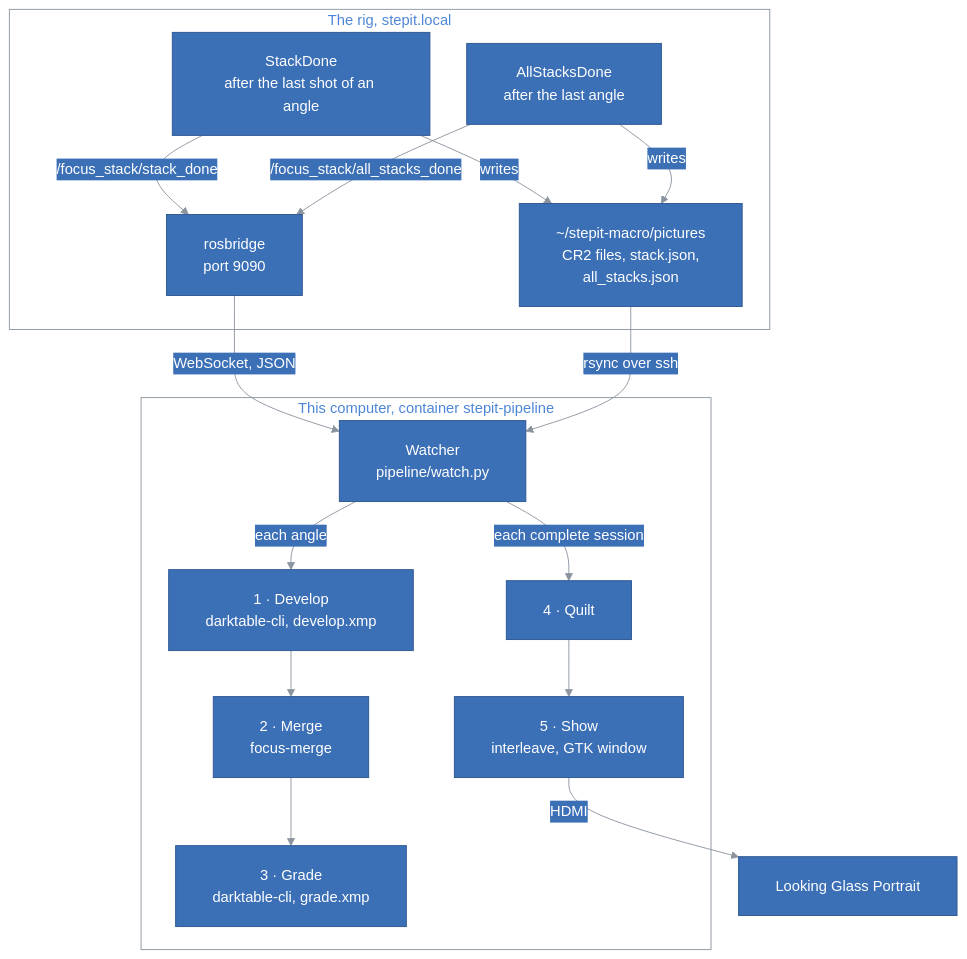
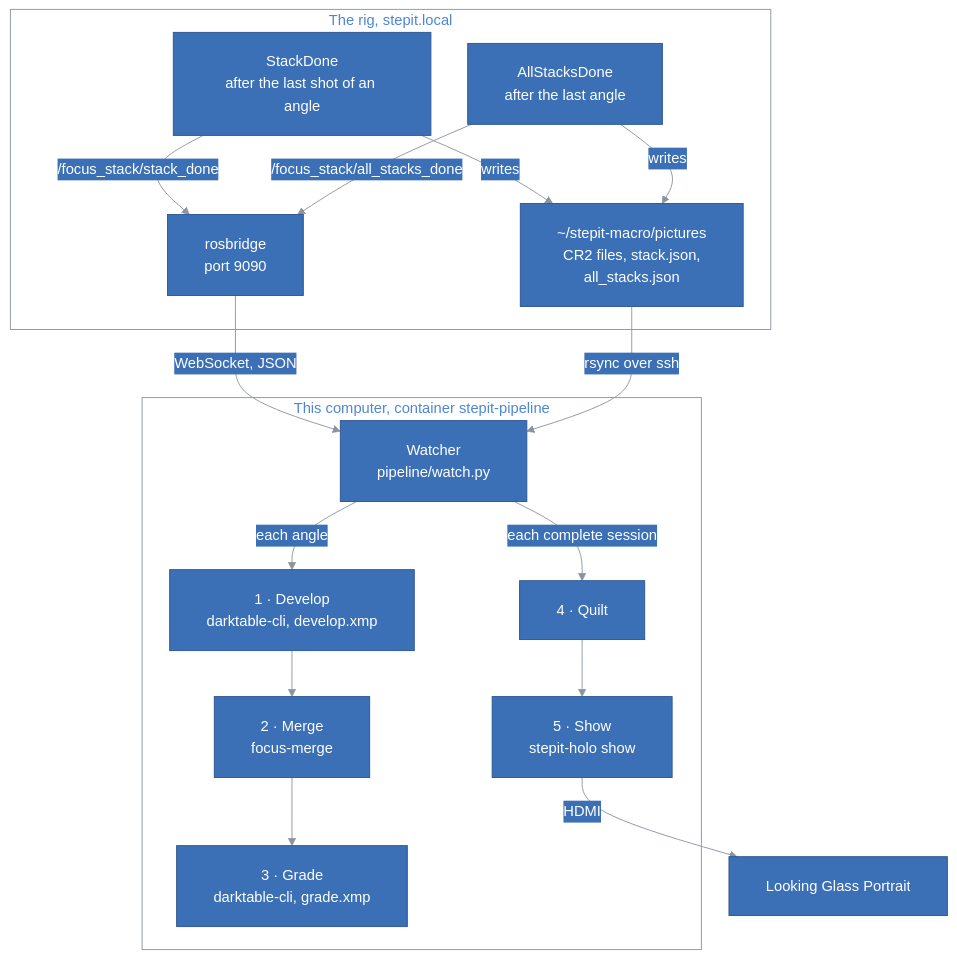
The first of 2 diagrams in docs/ARCHITECTURE.md (kineticsystem/stepit-stacker), drawn with Mermaid before and after one commit. The commit also changed other lines of this file and 8 other files, not shown here.

First line of the commit message:
Show quilts with StepIt Holo, as a submodule

```diff
--- a/docs/ARCHITECTURE.md
+++ b/docs/ARCHITECTURE.md
@@ -102,7 +102,7 @@
         Merge["2 · Merge<br/>focus-merge"]
         Grade["3 · Grade<br/>darktable-cli, grade.xmp"]
         Quilt["4 · Quilt"]
-        Show["5 · Show<br/>interleave, GTK window"]
+        Show["5 · Show<br/>stepit-holo show"]
         Watcher -- "each angle" --> Develop --> Merge --> Grade
         Watcher -- "each complete session" --> Quilt --> Show
     end
```
